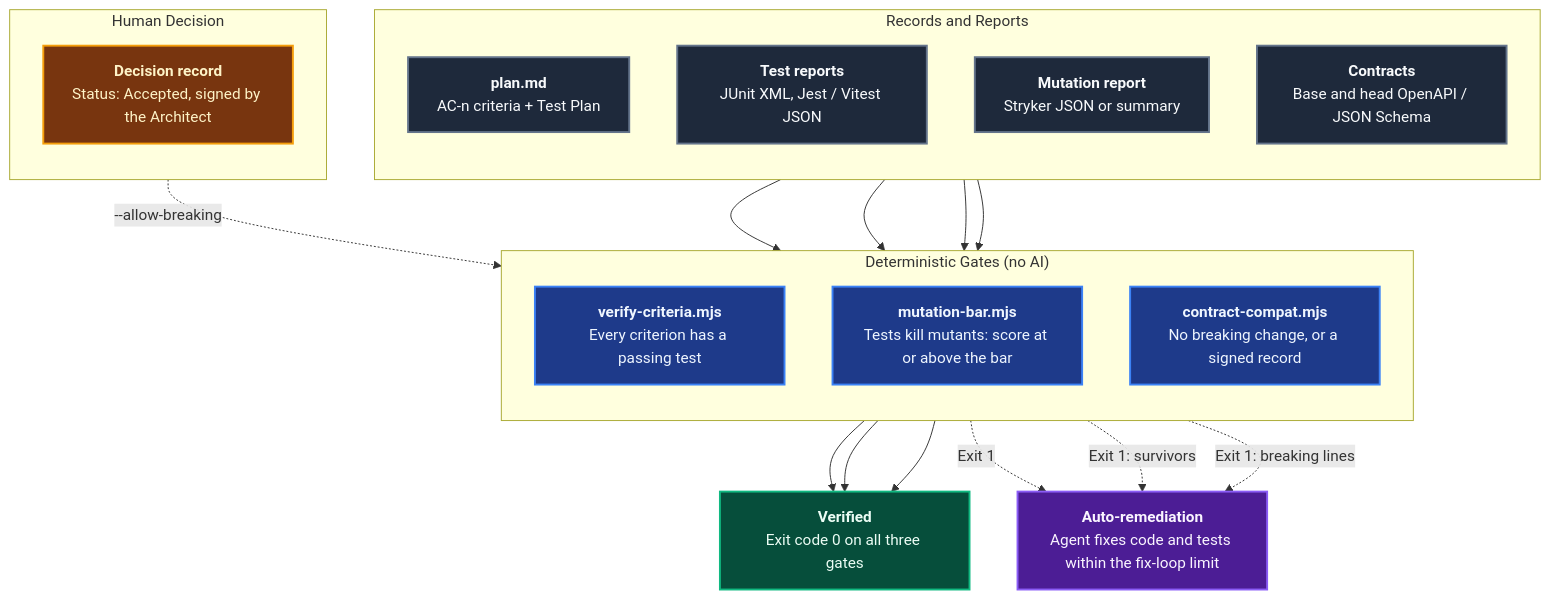
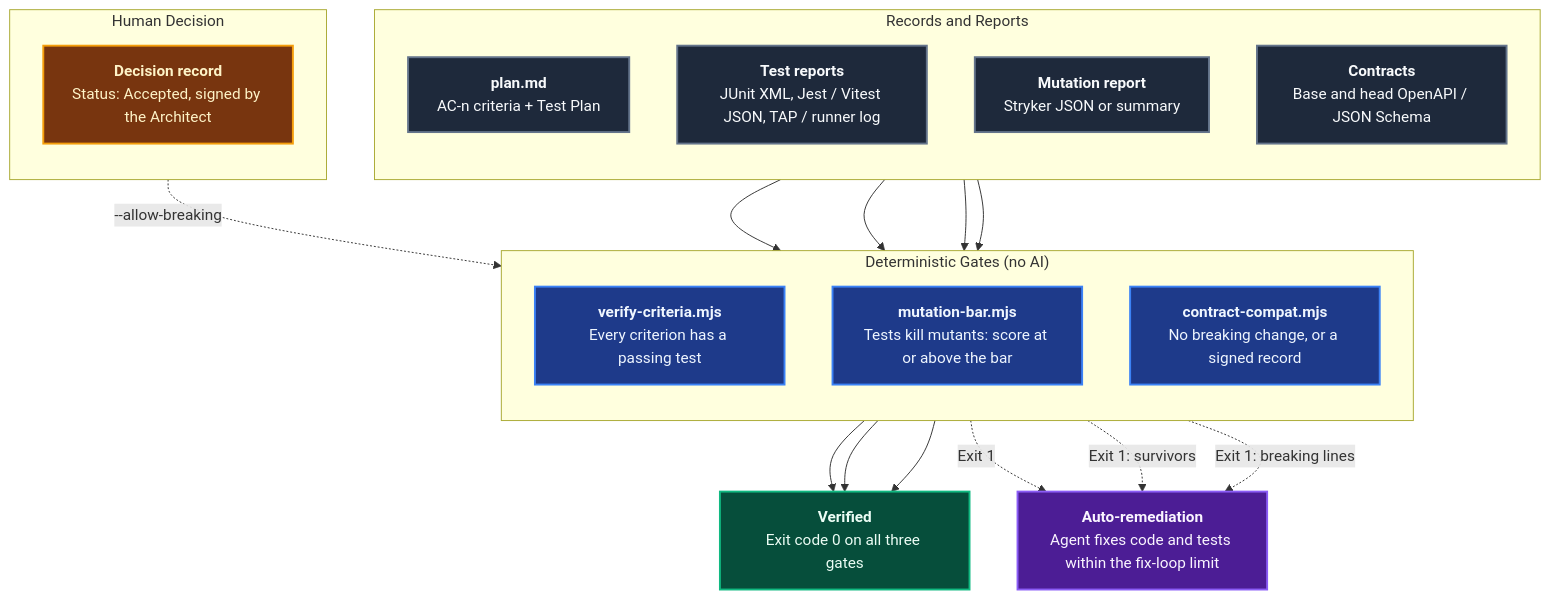
The second of 4 diagrams in website/docs/guide/domain-prove.md (ALTEN-group/coding-pal), drawn with Mermaid before and after one commit. The commit also changed other lines of this file and 60 other files, not shown here.

````diff
--- a/website/docs/guide/domain-prove.md
+++ b/website/docs/guide/domain-prove.md
@@ -119,52 +120,52 @@
 ```mermaid
 ---
 caption: From Test and Tool Reports to a Verification Verdict (Prove)
 ---
 flowchart TD
     subgraph Inputs ["Records and Reports"]
         direction TB
         PLAN["<b>plan.md</b><br/>AC-n criteria + Test Plan"]
-        TEST["<b>Test reports</b><br/>JUnit XML, Jest / Vitest JSON"]
+        TEST["<b>Test reports</b><br/>JUnit XML, Jest / Vitest JSON, TAP / runner log"]
         MUT["<b>Mutation report</b><br/>Stryker JSON or summary"]
         API["<b>Contracts</b><br/>Base and head OpenAPI / JSON Schema"]
     end
 
     subgraph Gates ["Deterministic Gates (no AI)"]
         direction TB
         CV["<b>verify-criteria.mjs</b><br/>Every criterion has a passing test"]
         MB["<b>mutation-bar.mjs</b><br/>Tests kill mutants: score at or above the bar"]
         CC["<b>contract-compat.mjs</b><br/>No breaking change, or a signed record"]
     end
 
     subgraph Human ["Human Decision"]
         direction TB
         DR["<b>Decision record</b><br/>Status: Accepted, signed by the Architect"]
     end
 
     FIX["<b>Auto-remediation</b><br/>Agent fixes code and tests within the fix-loop limit"]
     OUT["<b>Verified</b><br/>Exit code 0 on all three gates"]
 
     PLAN --> CV
     TEST --> CV
     MUT --> MB
     API --> CC
     DR -.->|"--allow-breaking"| CC
     CV --> OUT
     MB --> OUT
     CC --> OUT
     CV -.->|"Exit 1"| FIX
     MB -.->|"Exit 1: survivors"| FIX
     CC -.->|"Exit 1: breaking lines"| FIX
 
     classDef gate fill:#1e3a8a,stroke:#3b82f6,stroke-width:2px,color:#eff6ff;
     classDef artifact fill:#064e3b,stroke:#10b981,stroke-width:2px,color:#ecfdf5;
     classDef input fill:#1e293b,stroke:#64748b,stroke-width:2px,color:#f8fafc;
     classDef human fill:#78350f,stroke:#f59e0b,stroke-width:2px,color:#fef3c7;
     classDef fix fill:#4c1d95,stroke:#8b5cf6,stroke-width:2px,color:#faf5ff;
 
     class PLAN,TEST,MUT,API input;
     class CV,MB,CC gate;
     class OUT artifact;
     class DR human;
     class FIX fix;
 ```
````
